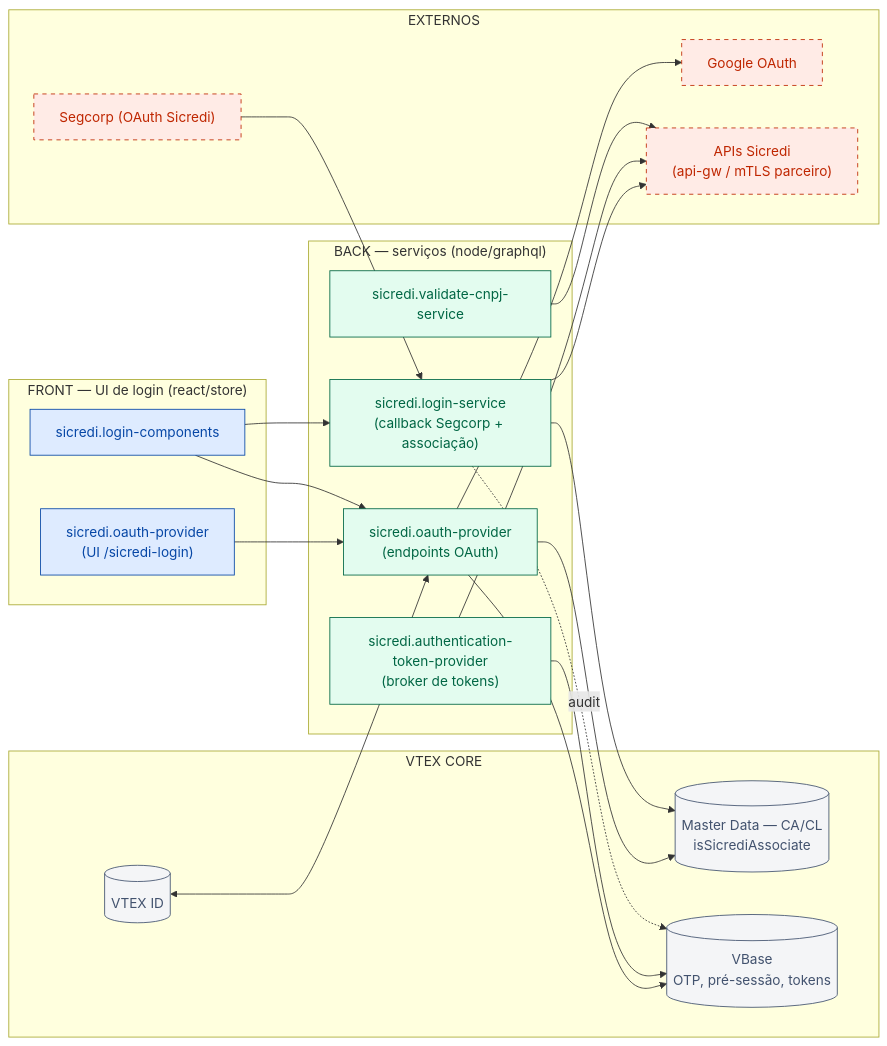
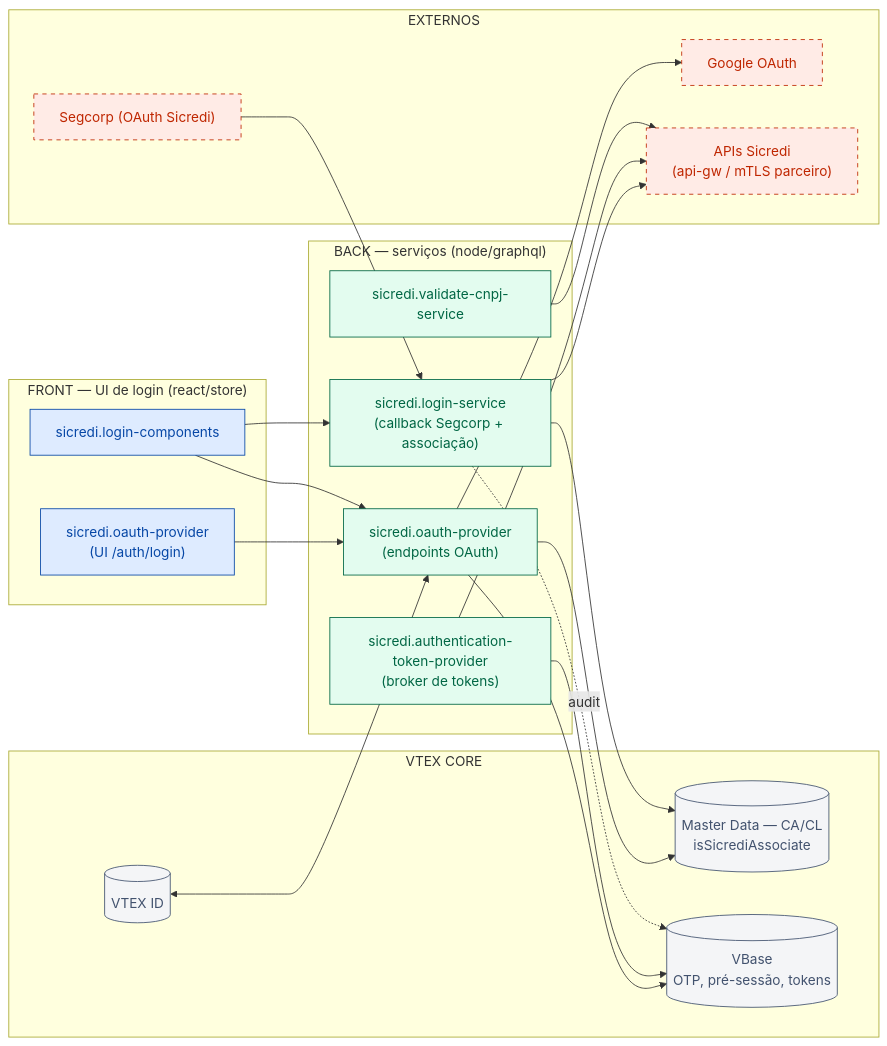
Before and after one commit to Leocadio94/sicredi.documentation: the first of 8 diagrams in ONBOARDING-DOMINIOS.md, drawn with Mermaid. The commit also changed other lines of this file and 8 other files, not shown here.

Commit message:
feat: adiciona fluxo da pre-session nos diagramas

````diff
--- a/ONBOARDING-DOMINIOS.md
+++ b/ONBOARDING-DOMINIOS.md
@@ -38,47 +38,47 @@
 ```mermaid
 flowchart LR
   subgraph FRONT["FRONT — UI de login (react/store)"]
     lc["sicredi.login-components"]:::front
-    oap_f["sicredi.oauth-provider<br/>(UI /sicredi-login)"]:::front
+    oap_f["sicredi.oauth-provider<br/>(UI /auth/login)"]:::front
   end
 
   subgraph BACK["BACK — serviços (node/graphql)"]
     oap_b["sicredi.oauth-provider<br/>(endpoints OAuth)"]:::back
     ls["sicredi.login-service<br/>(callback Segcorp + associação)"]:::back
     atp["sicredi.authentication-token-provider<br/>(broker de tokens)"]:::back
     vcnpj["sicredi.validate-cnpj-service"]:::back
   end
 
   subgraph VTEXCORE["VTEX CORE"]
     vtexid[("VTEX ID")]:::storage
     ca[("Master Data — CA/CL<br/>isSicrediAssociate")]:::storage
     vbase[("VBase<br/>OTP, pré-sessão, tokens")]:::storage
   end
 
   subgraph EXT["EXTERNOS"]
     segcorp["Segcorp (OAuth Sicredi)"]:::external
     google["Google OAuth"]:::external
     apigw["APIs Sicredi<br/>(api-gw / mTLS parceiro)"]:::external
   end
 
   oap_f --> oap_b
   lc --> oap_b
   lc --> ls
   vtexid <--> oap_b
   oap_b --> ca
   oap_b --> vbase
   oap_b --> google
   segcorp --> ls
   ls --> ca
   ls --> apigw
   atp --> vbase
   atp --> apigw
   vcnpj --> apigw
   ls -.->|audit| vbase
 
   classDef front fill:#DEEBFF,stroke:#0747A6,color:#0747A6
   classDef back fill:#E3FCEF,stroke:#006644,color:#006644
   classDef admin fill:#FFF0B3,stroke:#FF8B00,color:#172B4D
   classDef storage fill:#F4F5F7,stroke:#42526E,color:#42526E
   classDef external fill:#FFEBE6,stroke:#BF2600,color:#BF2600,stroke-dasharray:5 5
 ```
````
